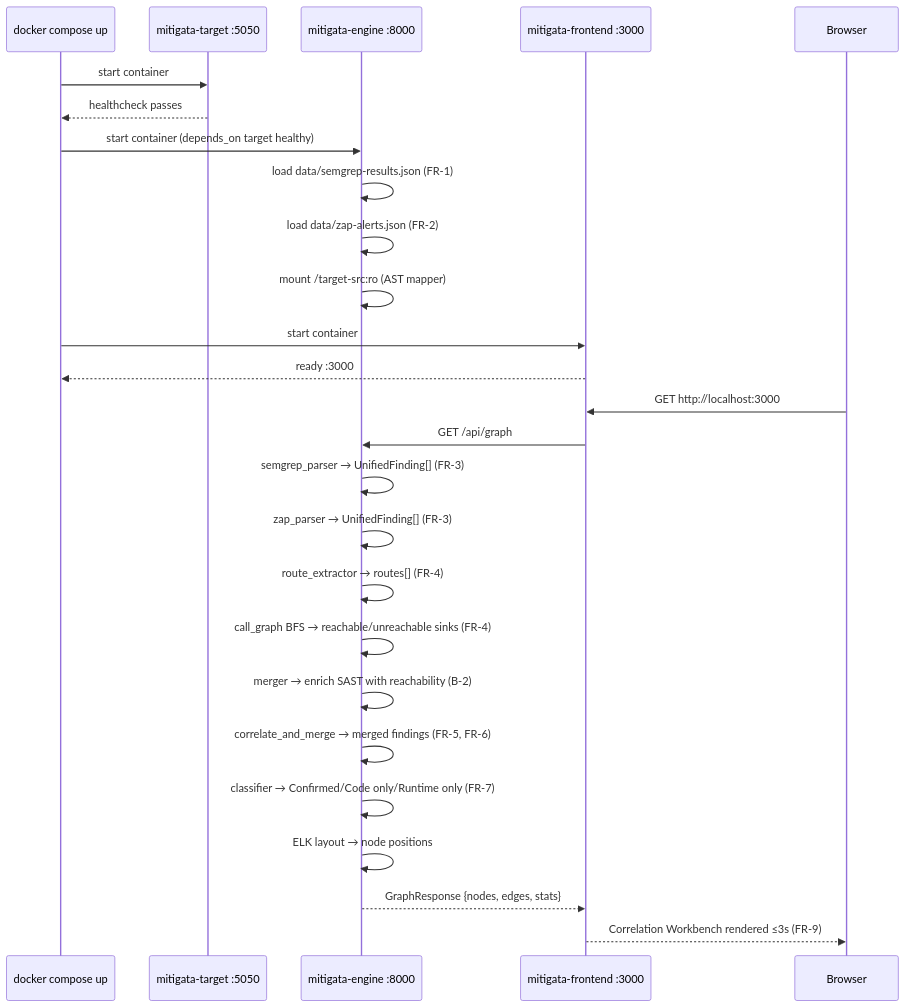
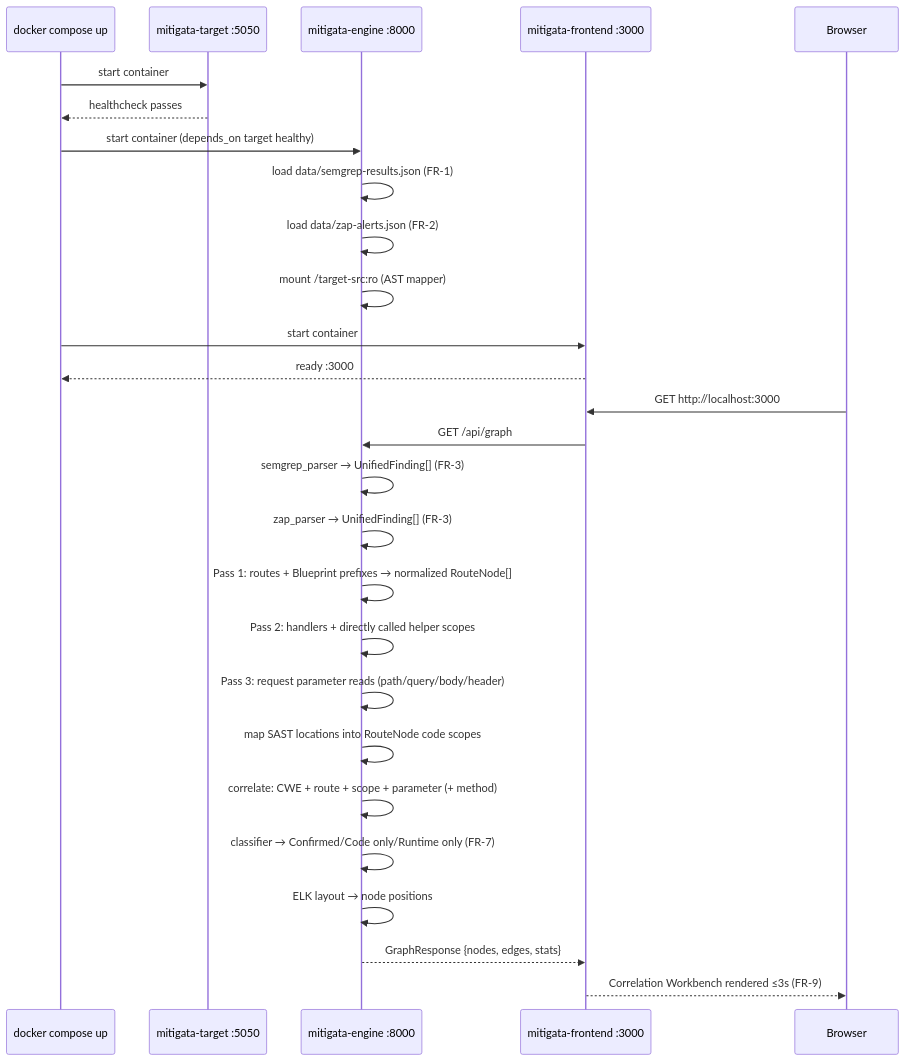
Before and after one commit to Halcyora/mitigata: the third of 25 diagrams in docs/P06-Architecture.md, drawn with Mermaid. The commit also changed other lines of this file and 2 other files, not shown here.

First line of the commit message:
Enhance SAST-DAST correlation engine with strict evidence requirements

````diff
--- a/docs/P06-Architecture.md
+++ b/docs/P06-Architecture.md
@@ -129,30 +129,31 @@
 ```mermaid
 sequenceDiagram
     participant DC as docker compose up
     participant T as mitigata-target :5050
     participant E as mitigata-engine :8000
     participant FE as mitigata-frontend :3000
     participant B as Browser
 
     DC->>T: start container
     T-->>DC: healthcheck passes
     DC->>E: start container (depends_on target healthy)
     E->>E: load data/semgrep-results.json (FR-1)
     E->>E: load data/zap-alerts.json (FR-2)
     E->>E: mount /target-src:ro (AST mapper)
     DC->>FE: start container
     FE-->>DC: ready :3000
 
     B->>FE: GET http://localhost:3000
     FE->>E: GET /api/graph
     E->>E: semgrep_parser → UnifiedFinding[] (FR-3)
     E->>E: zap_parser → UnifiedFinding[] (FR-3)
-    E->>E: route_extractor → routes[] (FR-4)
-    E->>E: call_graph BFS → reachable/unreachable sinks (FR-4)
-    E->>E: merger → enrich SAST with reachability (B-2)
-    E->>E: correlate_and_merge → merged findings (FR-5, FR-6)
+    E->>E: Pass 1: routes + Blueprint prefixes → normalized RouteNode[]
+    E->>E: Pass 2: handlers + directly called helper scopes
+    E->>E: Pass 3: request parameter reads (path/query/body/header)
+    E->>E: map SAST locations into RouteNode code scopes
+    E->>E: correlate: CWE + route + scope + parameter (+ method)
     E->>E: classifier → Confirmed/Code only/Runtime only (FR-7)
     E->>E: ELK layout → node positions
     E-->>FE: GraphResponse {nodes, edges, stats}
     FE-->>B: Correlation Workbench rendered ≤3s (FR-9)
 ```
````
